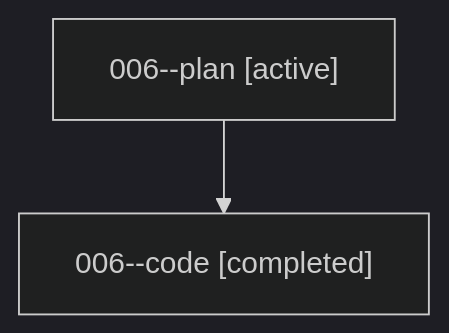
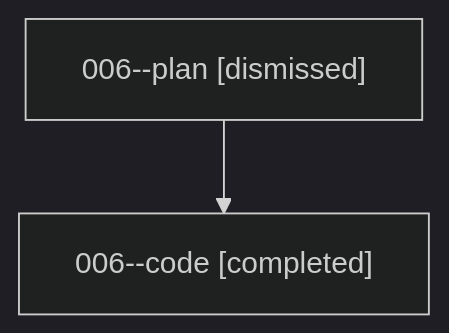
Before and after one commit to bobs-org/bob-cli--agents: the diagram in sessions/bbugyi200.athena.006.md, drawn with Mermaid (dark theme). The commit also changed other lines of this file and 19 other files, not shown here.

````diff
--- a/sessions/bbugyi200.athena.006.md
+++ b/sessions/bbugyi200.athena.006.md
@@ -9,6 +9,6 @@
 ```mermaid
 flowchart TD
-  n0["006--plan [active]"]
+  n0["006--plan [dismissed]"]
   n1["006--code [completed]"]
   n0 --> n1
 ```
````
